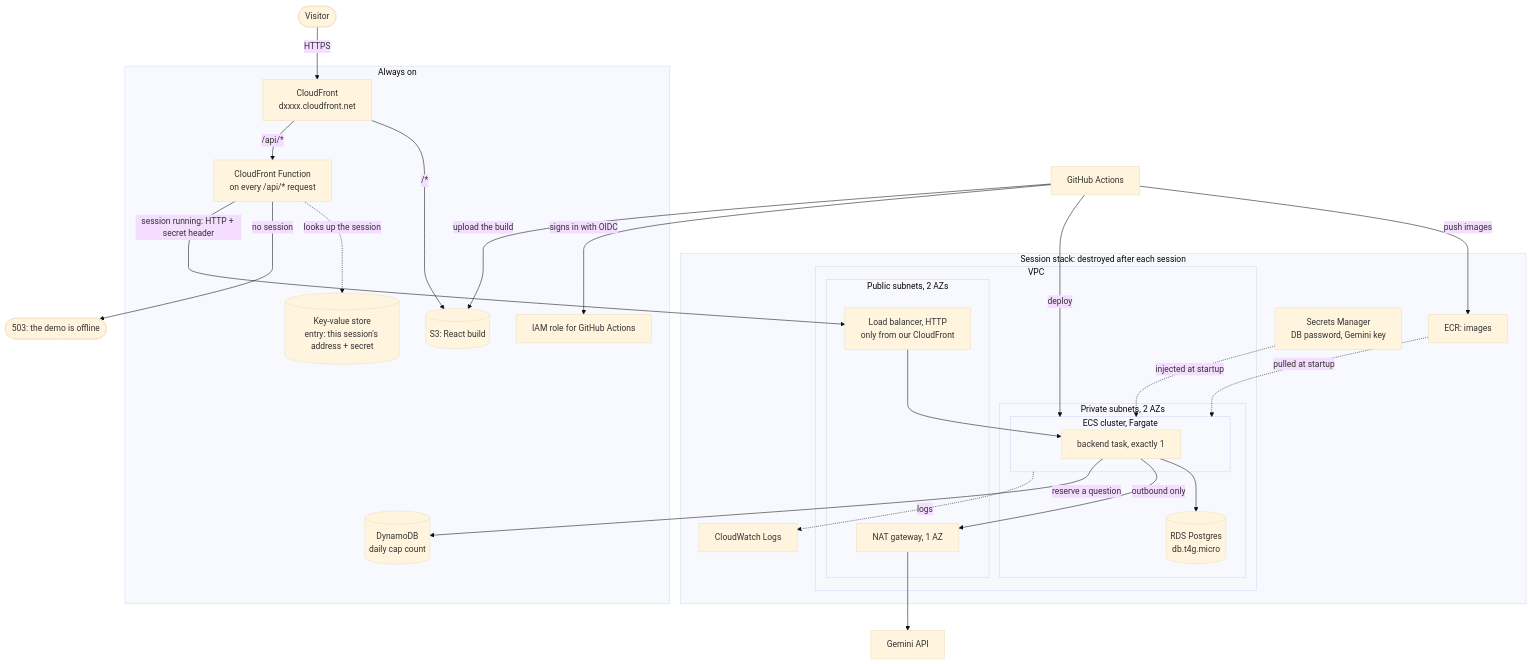
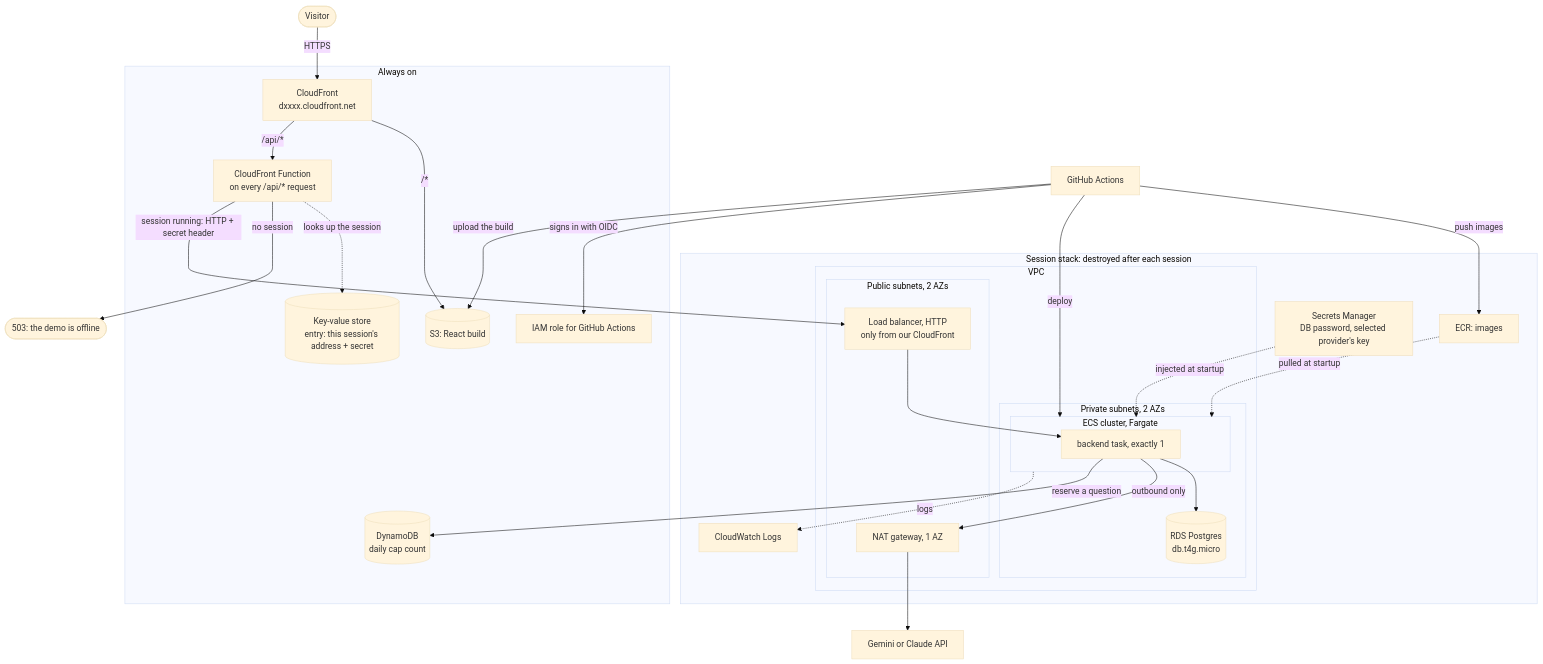
Before and after one commit to vovadyach/dashgen: the sixth of 8 diagrams in docs/design.md, drawn with Mermaid (base theme). The commit also changed other lines of this file and 46 other files, not shown here.

Commit message:
feat: AI_MODEL picks Gemini or Claude Haiku 5.5, with a Claude adapter on Anthropic's SDK

````diff
--- a/docs/design.md
+++ b/docs/design.md
@@ -278,52 +278,52 @@
 ```mermaid
 flowchart TB
     visitor(["Visitor"])
     gha["GitHub Actions"]
-    gemini["Gemini API"]
+    model["Gemini or Claude API"]
     offline(["503: the demo is offline"])
 
     subgraph base ["Always on"]
         cf["CloudFront<br/>dxxxx.cloudfront.net"]
         fn["CloudFront Function<br/>on every /api/* request"]
         kvs[("Key-value store<br/>entry: this session's address + secret")]
         ddb[("DynamoDB<br/>daily cap count")]
         site[("S3: React build")]
         role["IAM role for GitHub Actions"]
     end
 
     subgraph appstack ["Session stack: destroyed after each session"]
         ecr["ECR: images"]
-        secrets["Secrets Manager<br/>DB password, Gemini key"]
+        secrets["Secrets Manager<br/>DB password, selected provider's key"]
         logs["CloudWatch Logs"]
         subgraph vpc ["VPC"]
             subgraph pub ["Public subnets, 2 AZs"]
                 alb["Load balancer, HTTP<br/>only from our CloudFront"]
                 nat["NAT gateway, 1 AZ"]
             end
             subgraph priv ["Private subnets, 2 AZs"]
                 subgraph ecs ["ECS cluster, Fargate"]
                     be["backend task, exactly 1"]
                 end
                 rds[("RDS Postgres<br/>db.t4g.micro")]
             end
         end
     end
 
     visitor -->|"HTTPS"| cf
     cf -->|"/*"| site
     cf -->|"/api/*"| fn
     fn -.->|"looks up the session"| kvs
     fn -->|"no session"| offline
     fn -->|"session running: HTTP + secret header"| alb
     alb --> be
     be --> rds
-    be -->|"outbound only"| nat --> gemini
+    be -->|"outbound only"| nat --> model
     be -->|"reserve a question"| ddb
     secrets -.->|"injected at startup"| ecs
     ecr -.->|"pulled at startup"| ecs
     ecs -.->|"logs"| logs
     gha -->|"signs in with OIDC"| role
     gha -->|"push images"| ecr
     gha -->|"deploy"| ecs
     gha -->|"upload the build"| site
 ```
````
